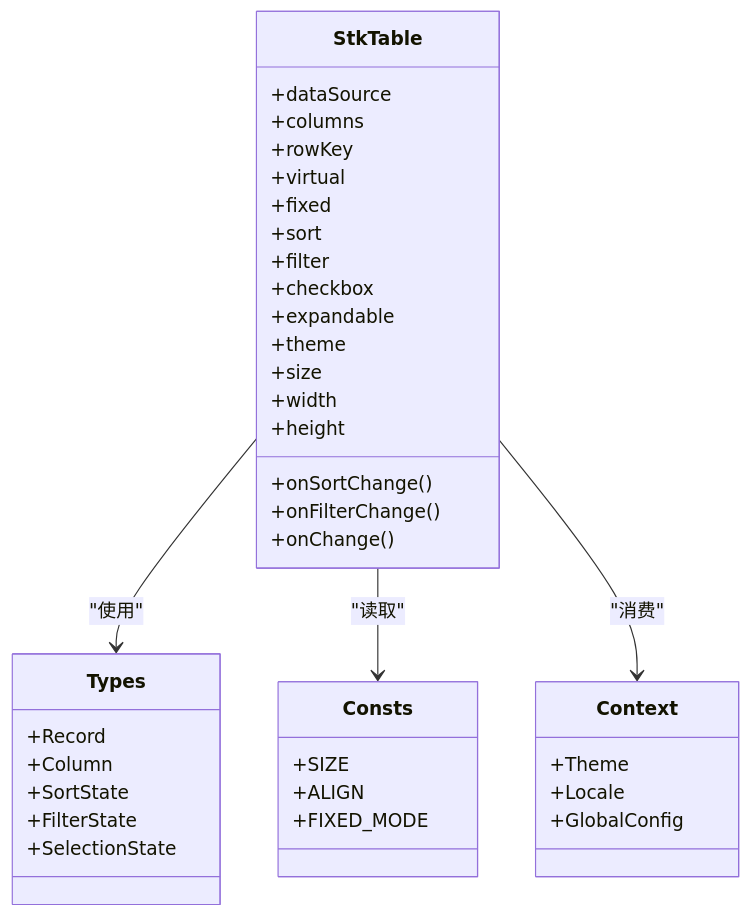
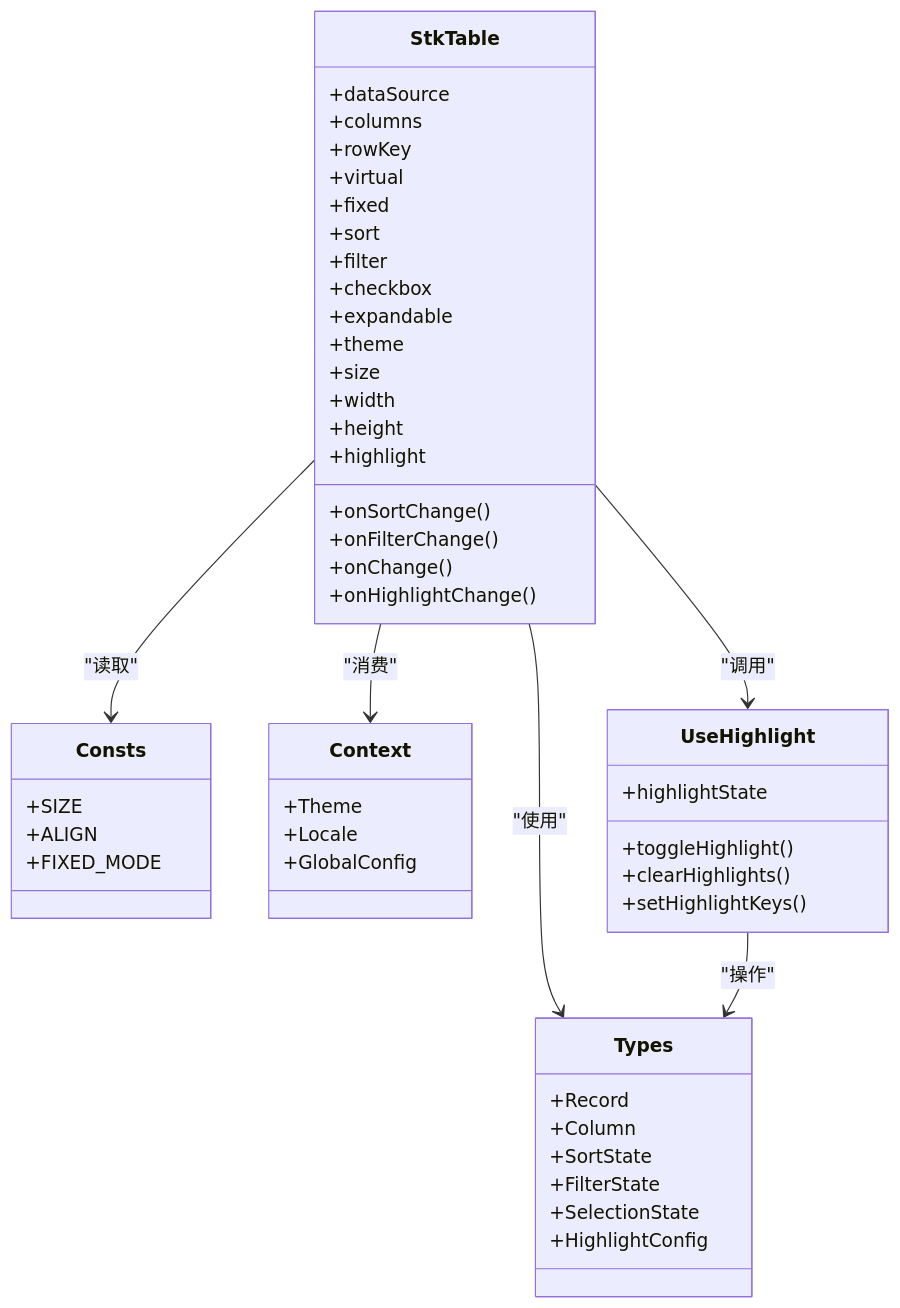
The third of 3 diagrams in .qoder/repowiki/zh/content/API 参考/表格属性 (Props)/表格属性 (Props).md (ja-plus/stk-table-react), drawn with Mermaid before and after one commit. The commit also changed other lines of this file and 31 other files, not shown here.

````diff
--- a/.qoder/repowiki/zh/content/API 参考/表格属性 (Props)/表格属性 (Props).md
+++ b/.qoder/repowiki/zh/content/API 参考/表格属性 (Props)/表格属性 (Props).md
@@ -440,41 +470,52 @@
 ```mermaid
 classDiagram
 class StkTable {
 +dataSource
 +columns
 +rowKey
 +virtual
 +fixed
 +sort
 +filter
 +checkbox
 +expandable
 +theme
 +size
 +width
 +height
++highlight
 +onSortChange()
 +onFilterChange()
 +onChange()
++onHighlightChange()
 }
 class Types {
 +Record
 +Column
 +SortState
 +FilterState
 +SelectionState
++HighlightConfig
 }
 class Consts {
 +SIZE
 +ALIGN
 +FIXED_MODE
 }
 class Context {
 +Theme
 +Locale
 +GlobalConfig
 }
+class UseHighlight {
++highlightState
++toggleHighlight()
++clearHighlights()
++setHighlightKeys()
+}
 StkTable --> Types : "使用"
 StkTable --> Consts : "读取"
 StkTable --> Context : "消费"
+StkTable --> UseHighlight : "调用"
+UseHighlight --> Types : "操作"
 ```
````
